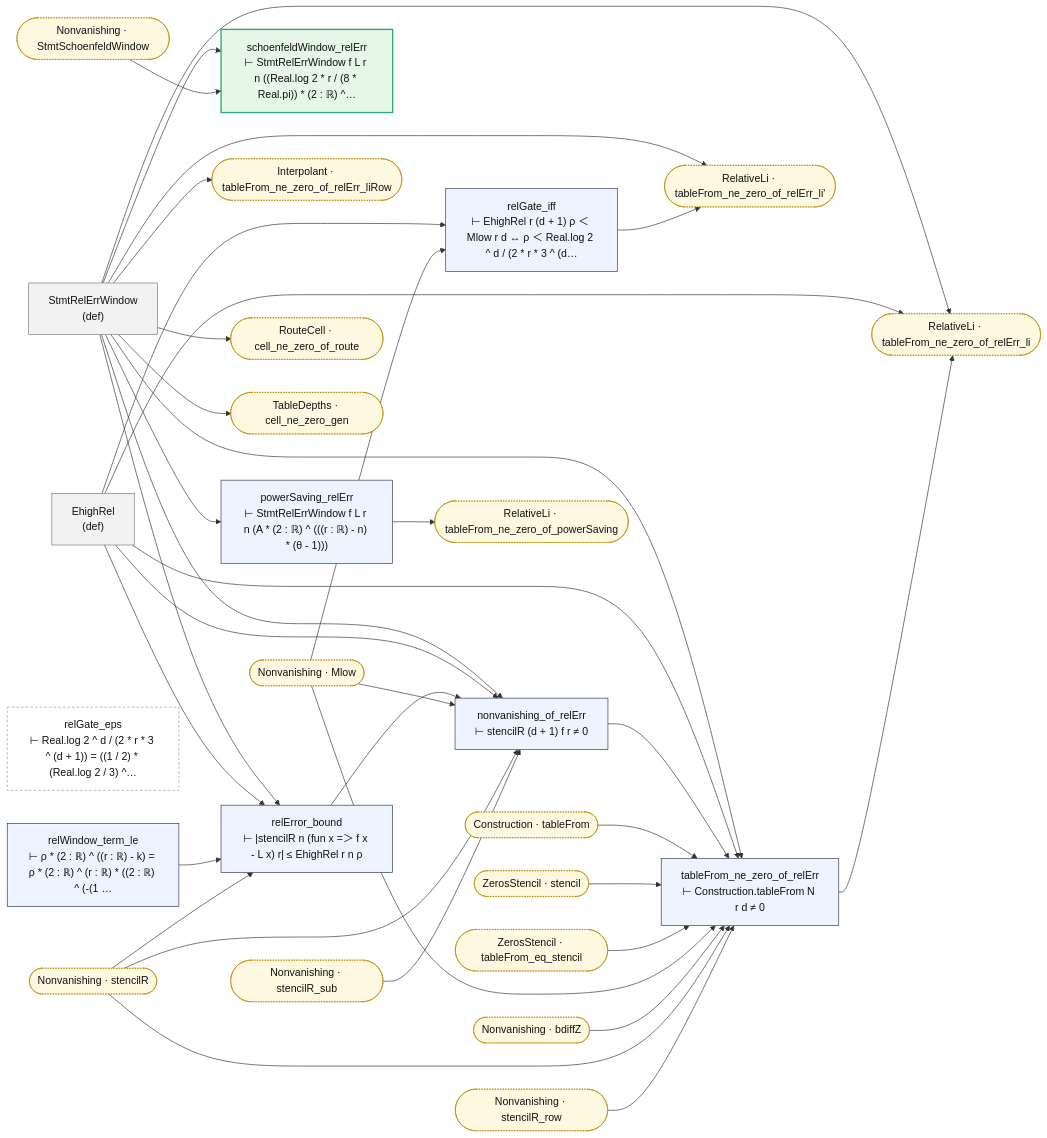
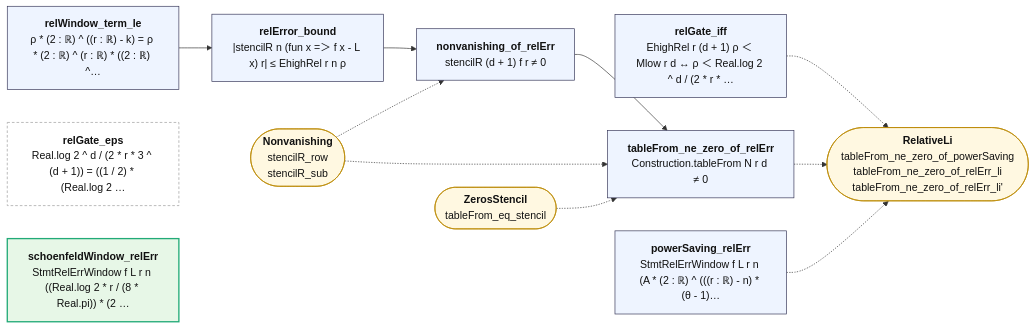
Before and after one commit to juliansambranojr/Primebeat_081426: the diagram in map/lean/RelativeGate.md, drawn with Mermaid. The commit also changed other lines of this file and 387 other files, not shown here.

````diff
--- a/map/lean/RelativeGate.md
+++ b/map/lean/RelativeGate.md
@@ -8,68 +12,28 @@
 ```mermaid
 flowchart LR
-  n0["StmtRelErrWindow<br/>(def)"]:::dfn
-  n1["EhighRel<br/>(def)"]:::dfn
-  n2["relWindow_term_le<br/>⊢ ρ * (2 : ℝ) ^ ((r : ℝ) - k) = ρ * (2 : ℝ) ^ (r : ℝ) * ((2 : ℝ) ^ (-(1 …"]:::thm
-  n3["relError_bound<br/>⊢ |stencilR n (fun x =＞ f x - L x) r| ≤ EhighRel r n ρ"]:::thm
-  n4["relGate_iff<br/>⊢ EhighRel r (d + 1) ρ ＜ Mlow r d ↔ ρ ＜ Real.log 2 ^ d / (2 * r * 3 ^ (d…"]:::thm
-  n5["relGate_eps<br/>⊢ Real.log 2 ^ d / (2 * r * 3 ^ (d + 1)) = ((1 / 2) * (Real.log 2 / 3) ^…"]:::lone
-  n6["nonvanishing_of_relErr<br/>⊢ stencilR (d + 1) f r ≠ 0"]:::thm
-  n7["tableFrom_ne_zero_of_relErr<br/>⊢ Construction.tableFrom N r d ≠ 0"]:::thm
-  n8["schoenfeldWindow_relErr<br/>⊢ StmtRelErrWindow f L r n ((Real.log 2 * r / (8 * Real.pi)) * (2 : ℝ) ^…"]:::end_
-  n9["powerSaving_relErr<br/>⊢ StmtRelErrWindow f L r n (A * (2 : ℝ) ^ (((r : ℝ) - n) * (θ - 1)))"]:::thm
-  x0(["Construction · tableFrom"]):::ext
-  x1(["Interpolant · tableFrom_ne_zero_of_relErr_liRow"]):::ext
-  x2(["Nonvanishing · Mlow"]):::ext
-  x3(["Nonvanishing · StmtSchoenfeldWindow"]):::ext
-  x4(["Nonvanishing · bdiffZ"]):::ext
-  x5(["Nonvanishing · stencilR"]):::ext
-  x6(["Nonvanishing · stencilR_row"]):::ext
-  x7(["Nonvanishing · stencilR_sub"]):::ext
-  x8(["RelativeLi · tableFrom_ne_zero_of_powerSaving"]):::ext
-  x9(["RelativeLi · tableFrom_ne_zero_of_relErr_li"]):::ext
-  x10(["RelativeLi · tableFrom_ne_zero_of_relErr_li'"]):::ext
-  x11(["RouteCell · cell_ne_zero_of_route"]):::ext
-  x12(["ZerosStencil · stencil"]):::ext
-  x13(["ZerosStencil · tableFrom_eq_stencil"]):::ext
-  x14(["TableDepths · cell_ne_zero_gen"]):::ext
-  n0 --> n3
-  n0 --> n6
-  n0 --> n7
-  n0 --> n8
-  n0 --> n9
-  n0 --> x1
-  n0 --> x10
-  n0 --> x11
-  n0 --> x14
-  n0 --> x9
-  n1 --> n3
+  n0["<b>relWindow_term_le</b><br/>ρ * (2 : ℝ) ^ ((r : ℝ) - k) = ρ * (2 : ℝ) ^ (r : ℝ) * ((2 : ℝ) ^…"]:::thm
+  n1["<b>relError_bound</b><br/>|stencilR n (fun x =＞ f x - L x) r| ≤ EhighRel r n ρ"]:::thm
+  n2["<b>relGate_iff</b><br/>EhighRel r (d + 1) ρ ＜ Mlow r d ↔ ρ ＜ Real.log 2 ^ d / (2 * r * …"]:::thm
+  n3["<b>relGate_eps</b><br/>Real.log 2 ^ d / (2 * r * 3 ^ (d + 1)) = ((1 / 2) * (Real.log 2 …"]:::lone
+  n4["<b>nonvanishing_of_relErr</b><br/>stencilR (d + 1) f r ≠ 0"]:::thm
+  n5["<b>tableFrom_ne_zero_of_relErr</b><br/>Construction.tableFrom N r d ≠ 0"]:::thm
+  n6["<b>schoenfeldWindow_relErr</b><br/>StmtRelErrWindow f L r n ((Real.log 2 * r / (8 * Real.pi)) * (2 …"]:::end_
+  n7["<b>powerSaving_relErr</b><br/>StmtRelErrWindow f L r n (A * (2 : ℝ) ^ (((r : ℝ) - n) * (θ - 1)…"]:::thm
+  x0(["<b>RelativeLi</b><br/>tableFrom_ne_zero_of_powerSaving<br/>tableFrom_ne_zero_of_relErr_li<br/>tableFrom_ne_zero_of_relErr_li'"]):::ext
+  x1(["<b>Nonvanishing</b><br/>stencilR_row<br/>stencilR_sub"]):::ext
+  x2(["<b>ZerosStencil</b><br/>tableFrom_eq_stencil"]):::ext
+  n0 --> n1
   n1 --> n4
-  n1 --> n6
-  n1 --> n7
-  n1 --> x9
-  n2 --> n3
-  n3 --> n6
-  n4 --> x10
-  n6 --> n7
-  n7 --> x9
-  n9 --> x8
-  x0 --> n7
-  x12 --> n7
-  x13 --> n7
-  x2 --> n4
-  x2 --> n6
-  x2 --> n7
-  x3 --> n8
-  x4 --> n7
-  x5 --> n3
-  x5 --> n6
-  x5 --> n7
-  x6 --> n7
-  x7 --> n6
+  n4 --> n5
+  n2 -.-> x0
+  n5 -.-> x0
+  n7 -.-> x0
+  x1 -.-> n4
+  x1 -.-> n5
+  x2 -.-> n5
   classDef thm fill:#eef4ff,stroke:#335,color:#111
-  classDef dfn fill:#f2f2f2,stroke:#777,color:#111
   classDef end_ fill:#e7f7e7,stroke:#2a7,color:#111,stroke-width:2px
   classDef lone fill:#fff,stroke:#999,color:#111,stroke-dasharray:4 3
   classDef bad fill:#ffe5e5,stroke:#c22,color:#111,stroke-width:2px
-  classDef ext fill:#fff8e1,stroke:#b80,color:#111,stroke-dasharray:2 2
+  classDef ext fill:#fff8e1,stroke:#b80,color:#111
 ```
````
